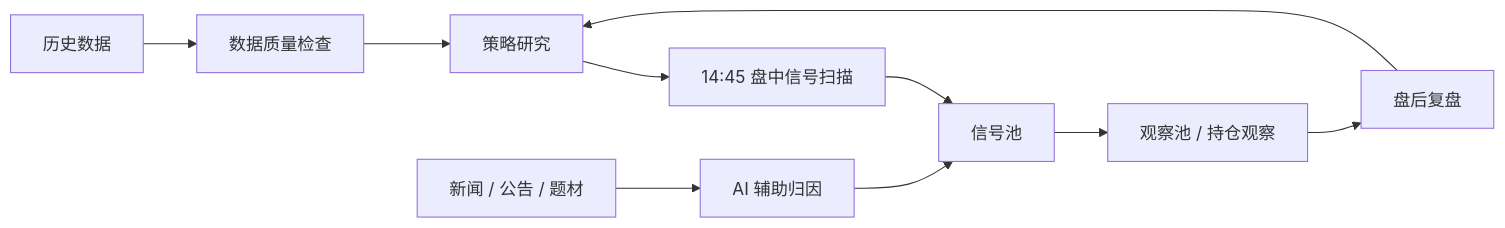
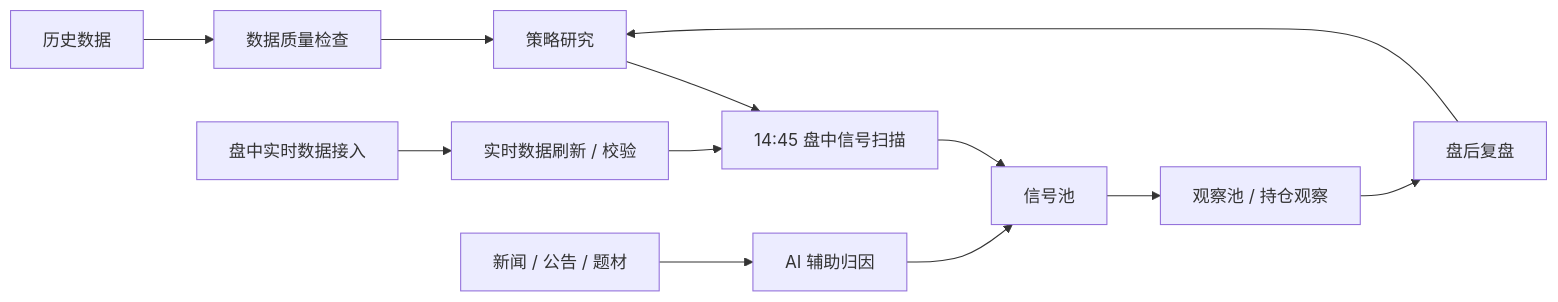
Before and after one commit to JJSSsh/a-share-ai-quant-workbench-public: the diagram in README.md, drawn with Mermaid. The commit also changed other lines of this file, not shown here.

Commit message:
Add intraday realtime data layer to workflow

````diff
--- a/README.md
+++ b/README.md
@@ -22,13 +22,15 @@
 ```mermaid
 flowchart LR
     A[历史数据] --> B[数据质量检查]
     B --> C[策略研究]
-    C --> D[14:45 盘中信号扫描]
+    R[盘中实时数据接入] --> Q[实时数据刷新 / 校验]
+    Q --> D[14:45 盘中信号扫描]
+    C --> D
     D --> E[信号池]
     E --> F[观察池 / 持仓观察]
     F --> G[盘后复盘]
     G --> C
 
     N[新闻 / 公告 / 题材] --> H[AI 辅助归因]
     H --> E
 ```
````
